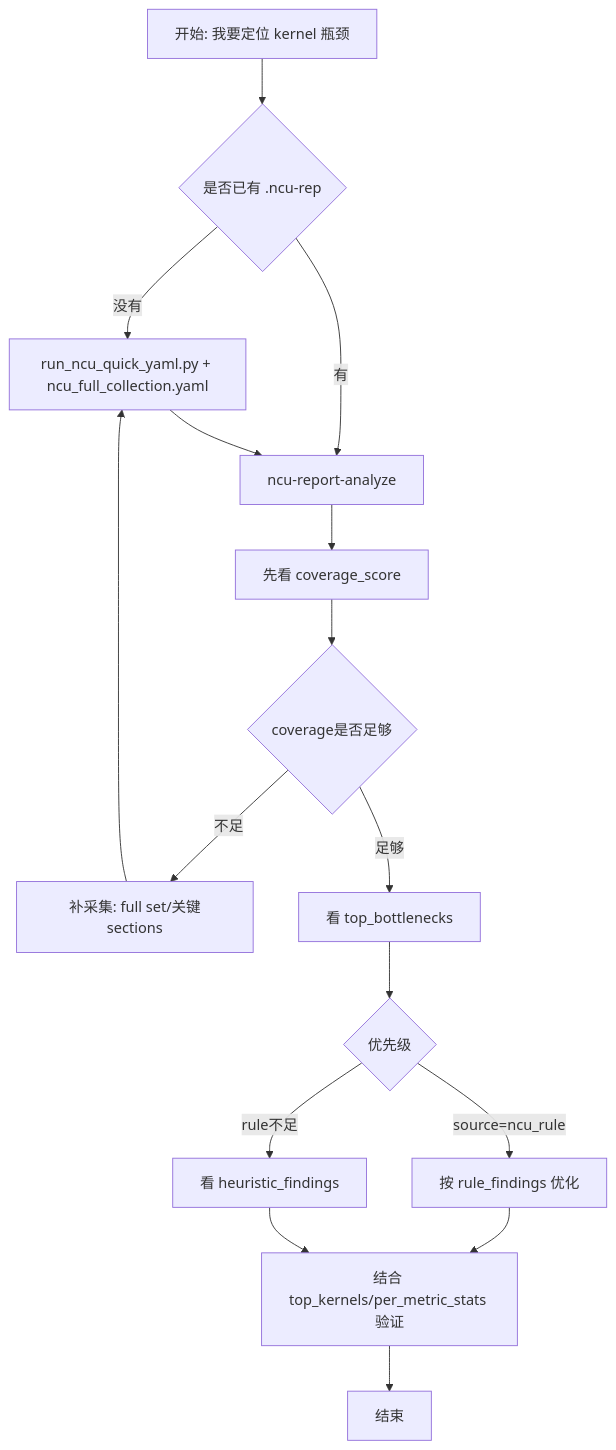
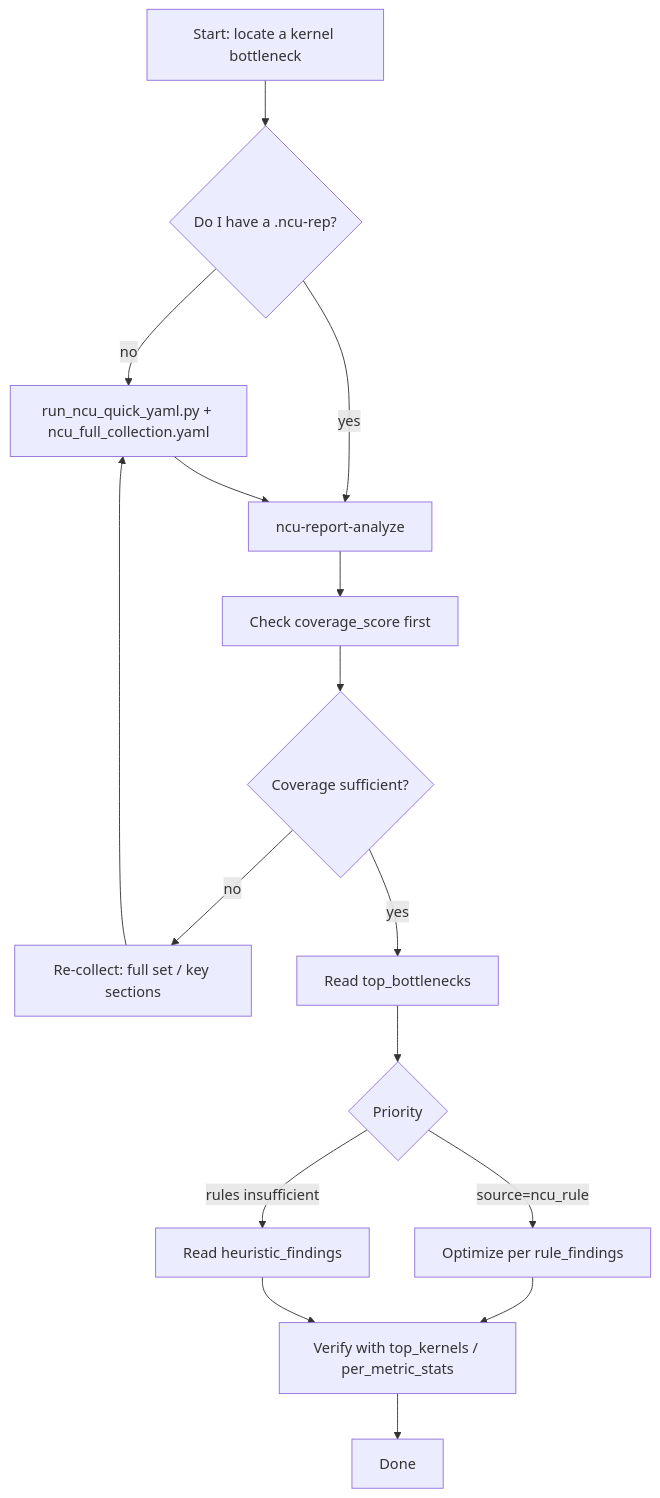
One commit to woshipapa/my_utils changed the diagram in my_utils/profiling/ncu/README.md. Above: the diagram before and after it, drawn with Mermaid. The commit also changed other lines of this file and 49 other files, not shown here.

````diff
--- a/my_utils/profiling/ncu/README.md
+++ b/my_utils/profiling/ncu/README.md
@@ -7,18 +8,18 @@
 ```mermaid
 flowchart TD
-    A[开始: 我要定位 kernel 瓶颈] --> B{是否已有 .ncu-rep}
-    B -->|没有| C[run_ncu_quick_yaml.py + ncu_full_collection.yaml]
-    B -->|有| D[ncu-report-analyze]
+    A[Start: locate a kernel bottleneck] --> B{Do I have a .ncu-rep?}
+    B -->|no| C[run_ncu_quick_yaml.py + ncu_full_collection.yaml]
+    B -->|yes| D[ncu-report-analyze]
     C --> D
-    D --> E[先看 coverage_score]
-    E --> F{coverage是否足够}
-    F -->|不足| G[补采集: full set/关键sections]
-    F -->|足够| H[看 top_bottlenecks]
+    D --> E[Check coverage_score first]
+    E --> F{Coverage sufficient?}
+    F -->|no| G[Re-collect: full set / key sections]
+    F -->|yes| H[Read top_bottlenecks]
     G --> C
-    H --> I{优先级}
-    I -->|source=ncu_rule| J[按 rule_findings 优化]
-    I -->|rule不足| K[看 heuristic_findings]
-    J --> L[结合 top_kernels/per_metric_stats 验证]
+    H --> I{Priority}
+    I -->|source=ncu_rule| J[Optimize per rule_findings]
+    I -->|rules insufficient| K[Read heuristic_findings]
+    J --> L[Verify with top_kernels / per_metric_stats]
     K --> L
-    L --> M[结束]
+    L --> M[Done]
 ```
````
